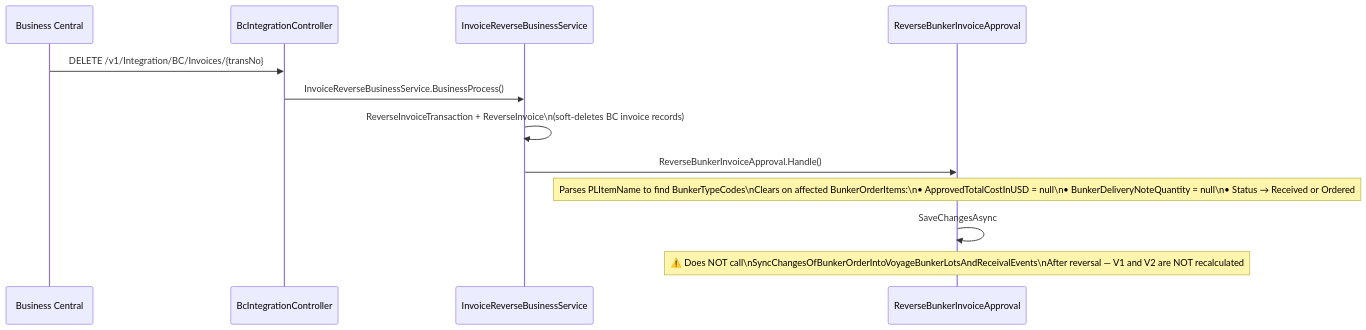
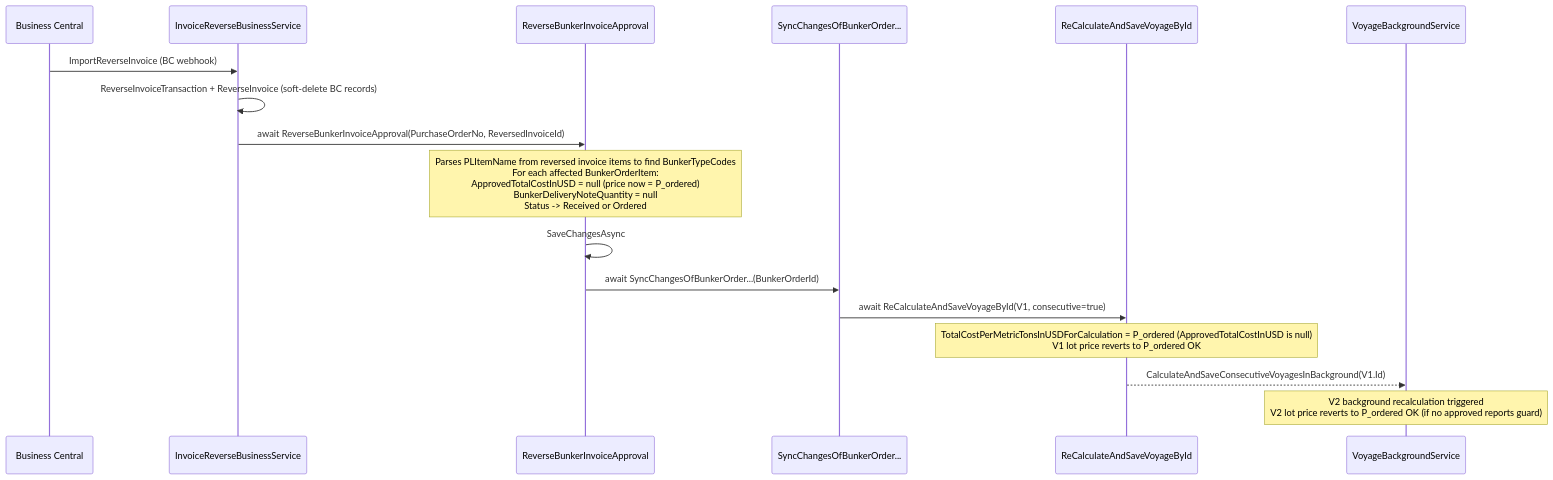
Before and after one commit to NguyenPhamCode4You/ai-home-lab-docker-compose: the second of 3 diagrams in transcribe/new-bvms-docs/Bunker-Invoice-Price-Propagation-In-BVMS.md, drawn with Mermaid. The commit also changed other lines of this file, not shown here.

````diff
--- a/transcribe/new-bvms-docs/Bunker-Invoice-Price-Propagation-In-BVMS.md
+++ b/transcribe/new-bvms-docs/Bunker-Invoice-Price-Propagation-In-BVMS.md
@@ -114,17 +175,22 @@
 ```mermaid
 sequenceDiagram
     participant BC as Business Central
-    participant API as BcIntegrationController
     participant IRS as InvoiceReverseBusinessService
     participant RBIA as ReverseBunkerInvoiceApproval
+    participant SYNC as SyncChangesOfBunkerOrder...
+    participant RCALC as ReCalculateAndSaveVoyageById
+    participant BG as VoyageBackgroundService
 
-    BC->>API: DELETE /v1/Integration/BC/Invoices/{transNo}
-    API->>IRS: InvoiceReverseBusinessService.BusinessProcess()
-    IRS->>IRS: ReverseInvoiceTransaction + ReverseInvoice\n(soft-deletes BC invoice records)
-    IRS->>RBIA: ReverseBunkerInvoiceApproval.Handle()
+    BC->>IRS: ImportReverseInvoice (BC webhook)
+    IRS->>IRS: ReverseInvoiceTransaction + ReverseInvoice (soft-delete BC records)
+    IRS->>RBIA: await ReverseBunkerInvoiceApproval(PurchaseOrderNo, ReversedInvoiceId)
 
-    Note over RBIA: Parses PLItemName to find BunkerTypeCodes\nClears on affected BunkerOrderItems:\n• ApprovedTotalCostInUSD = null\n• BunkerDeliveryNoteQuantity = null\n• Status → Received or Ordered
+    Note over RBIA: Parses PLItemName from reversed invoice items to find BunkerTypeCodes<br/>For each affected BunkerOrderItem:<br/>  ApprovedTotalCostInUSD = null  (price now = P_ordered)<br/>  BunkerDeliveryNoteQuantity = null<br/>  Status -> Received or Ordered
     RBIA->>RBIA: SaveChangesAsync
 
-    Note over RBIA: ⚠️ Does NOT call\nSyncChangesOfBunkerOrderIntoVoyageBunkerLotsAndReceivalEvents\nAfter reversal — V1 and V2 are NOT recalculated
+    RBIA->>SYNC: await SyncChangesOfBunkerOrder...(BunkerOrderId)
+    SYNC->>RCALC: await ReCalculateAndSaveVoyageById(V1, consecutive=true)
+    Note over RCALC: TotalCostPerMetricTonsInUSDForCalculation = P_ordered (ApprovedTotalCostInUSD is null)<br/>V1 lot price reverts to P_ordered OK
+    RCALC-->>BG: CalculateAndSaveConsecutiveVoyagesInBackground(V1.Id)
+    Note over BG: V2 background recalculation triggered<br/>V2 lot price reverts to P_ordered OK (if no approved reports guard)
 ```
````
